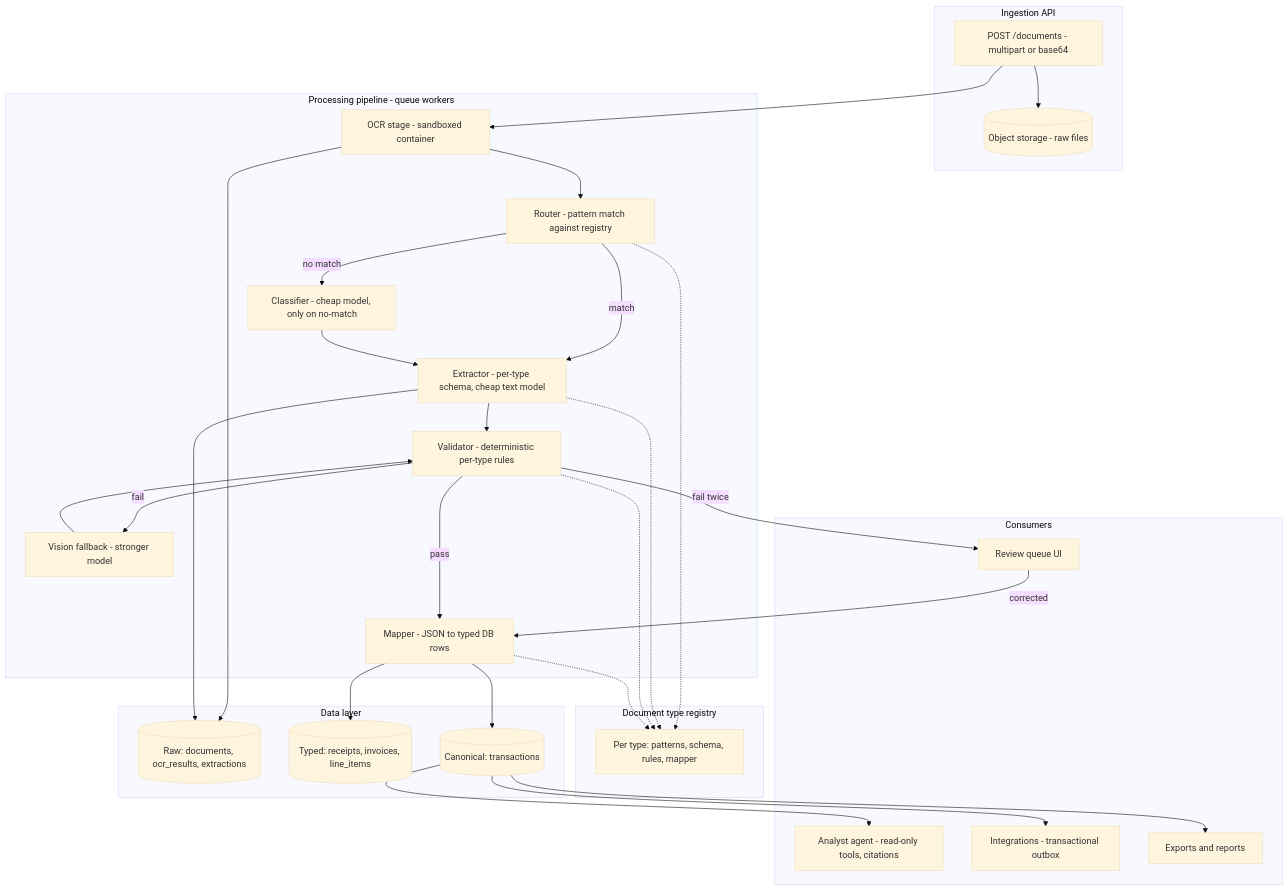
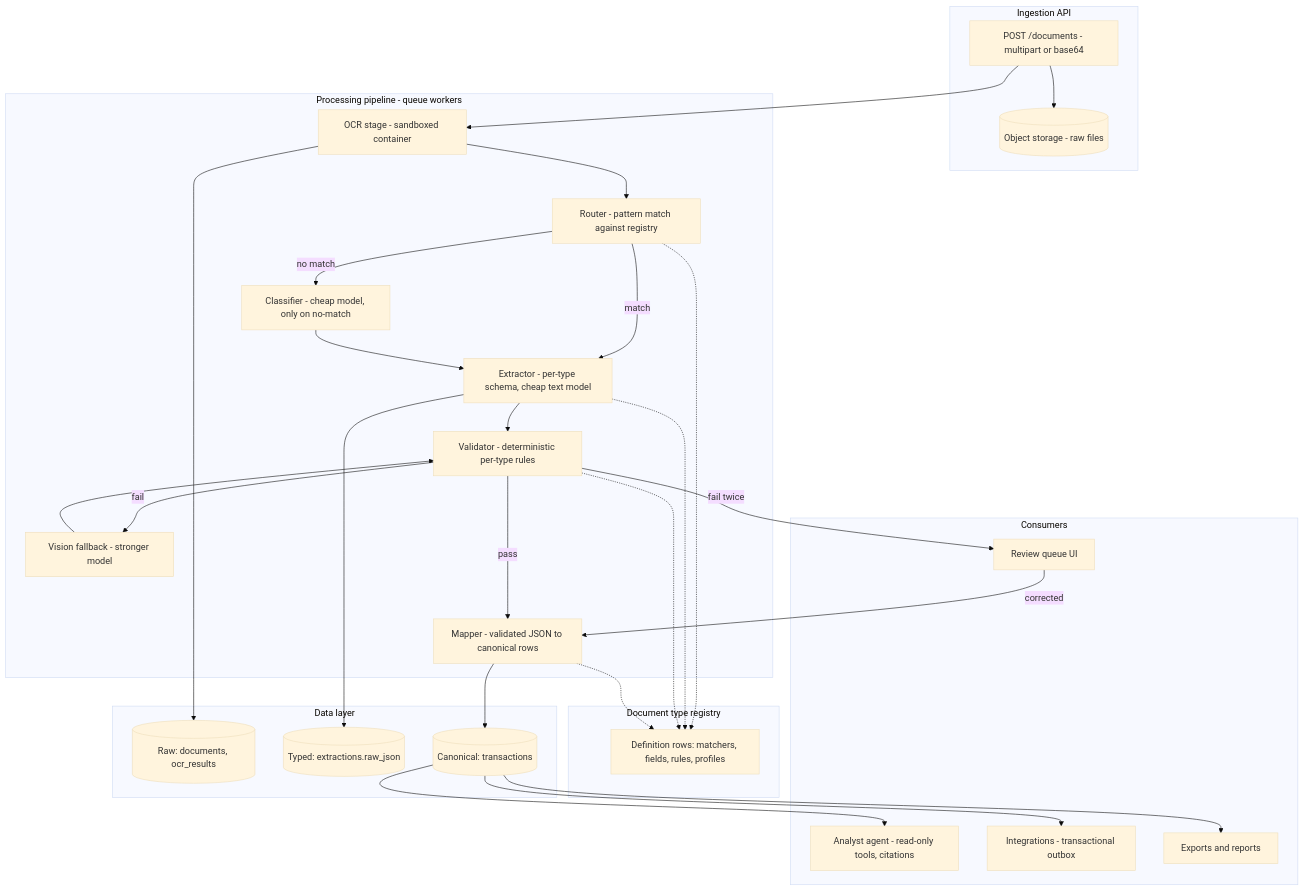
Before and after one commit to cgsellers/assistant: the first of 3 diagrams in README.md, drawn with Mermaid (base theme). The commit also changed other lines of this file and 1 other file, not shown here.

````diff
--- a/README.md
+++ b/README.md
@@ -29,53 +31,52 @@
 ```mermaid
 flowchart TB
     subgraph Ingest["Ingestion API"]
         UP["POST /documents - multipart or base64"]
         ST[("Object storage - raw files")]
     end
     subgraph Pipeline["Processing pipeline - queue workers"]
         OCR["OCR stage - sandboxed container"]
         ROUTE["Router - pattern match against registry"]
         CLS["Classifier - cheap model, only on no-match"]
         EXT["Extractor - per-type schema, cheap text model"]
         VIS["Vision fallback - stronger model"]
         VAL["Validator - deterministic per-type rules"]
-        MAP["Mapper - JSON to typed DB rows"]
+        MAP["Mapper - validated JSON to canonical rows"]
     end
     subgraph Registry["Document type registry"]
-        DT["Per type: patterns, schema, rules, mapper"]
+        DT["Definition rows: matchers, fields, rules, profiles"]
     end
     subgraph Data["Data layer"]
-        RAW[("Raw: documents, ocr_results, extractions")]
-        TYPED[("Typed: receipts, invoices, line_items")]
+        RAW[("Raw: documents, ocr_results")]
+        TYPED[("Typed: extractions.raw_json")]
         CANON[("Canonical: transactions")]
     end
     subgraph Consumers
         AN["Analyst agent - read-only tools, citations"]
         SYNC["Integrations - transactional outbox"]
         REV["Review queue UI"]
         EXP["Exports and reports"]
     end
     UP --> ST
     UP --> OCR
     OCR --> ROUTE
     ROUTE -->|match| EXT
     ROUTE -->|no match| CLS
     CLS --> EXT
     EXT --> VAL
     VAL -->|fail| VIS
     VIS --> VAL
     VAL -->|pass| MAP
     VAL -->|fail twice| REV
     REV -->|corrected| MAP
-    MAP --> TYPED
     MAP --> CANON
     OCR --> RAW
-    EXT --> RAW
+    EXT --> TYPED
     ROUTE -.-> DT
     EXT -.-> DT
     VAL -.-> DT
     MAP -.-> DT
     CANON --> AN
     CANON --> SYNC
     CANON --> EXP
 ```
````
